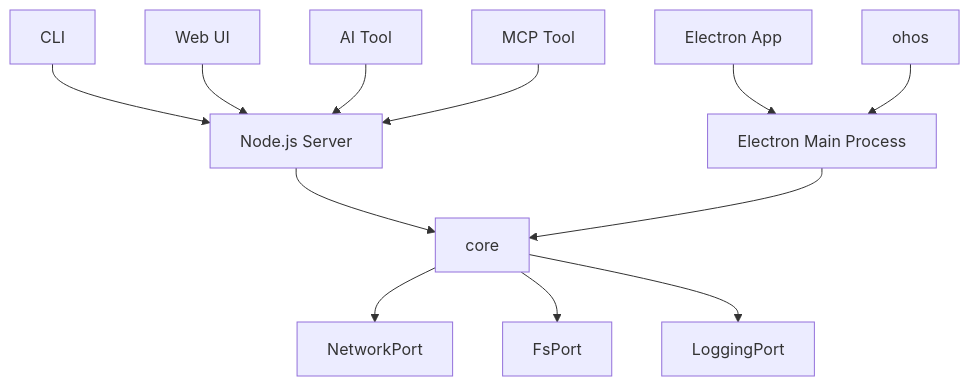
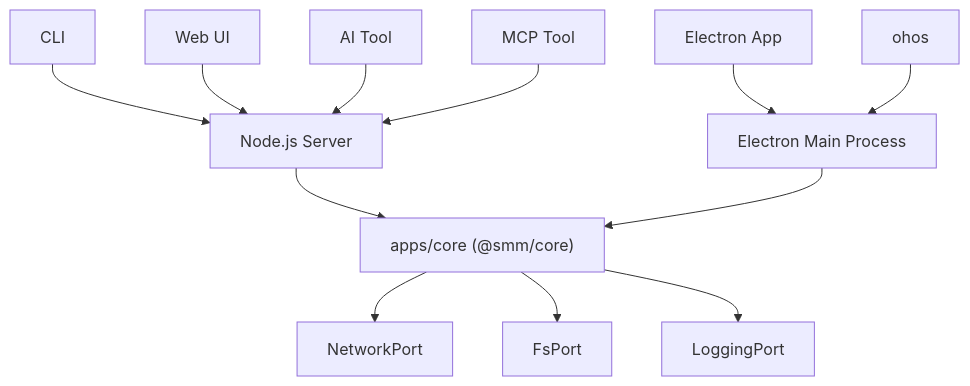
Before and after one commit to lawrenceching/SMM: the second of 2 diagrams in docs/dev/overview.md, drawn with Mermaid. The commit also changed other lines of this file and 120 other files, not shown here.

Commit message:
chore: remove packages/core and document types/utils/@smm/core split

````diff
--- a/docs/dev/overview.md
+++ b/docs/dev/overview.md
@@ -47,27 +47,27 @@
 ```mermaid
 flowchart TB
   CLI["CLI"]
   WEB["Web UI"]
   E["Electron App"]
   EM["Electron Main Process"]
   ohos["ohos"]
   AI["AI Tool"]
   MCP["MCP Tool"]
-  CORE["core"]
+  CORE["apps/core (@smm/core)"]
   N["Node.js Server"]
   NET["NetworkPort"]
   FS["FsPort"]
   LOG["LoggingPort"]
   
   CLI -->N
   WEB --> N
   E --> EM
   ohos --> EM
   AI --> N
   MCP --> N
   N -->CORE
   EM -->CORE
   CORE --> NET
   CORE --> FS
   CORE --> LOG
 ```
````
